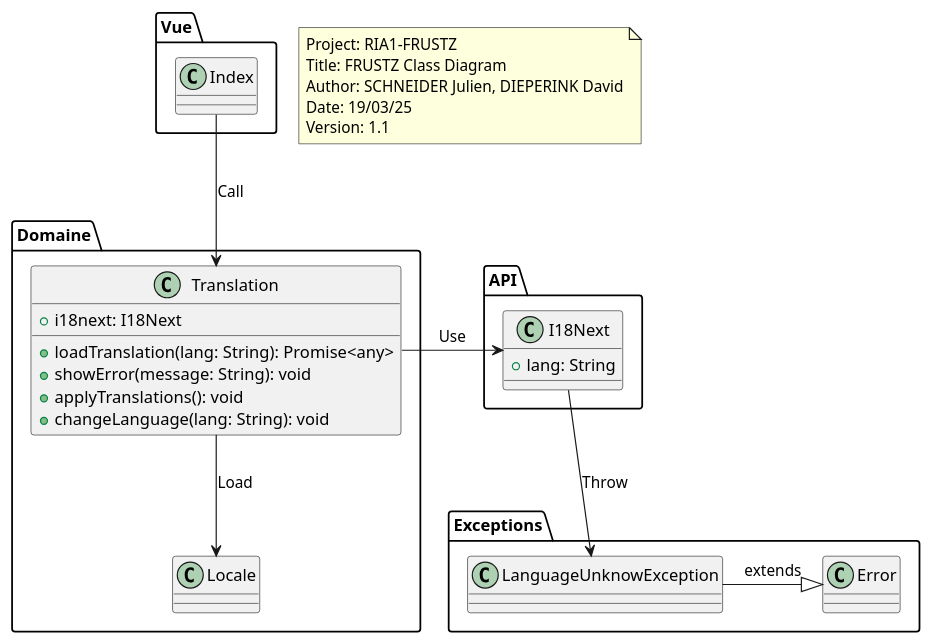
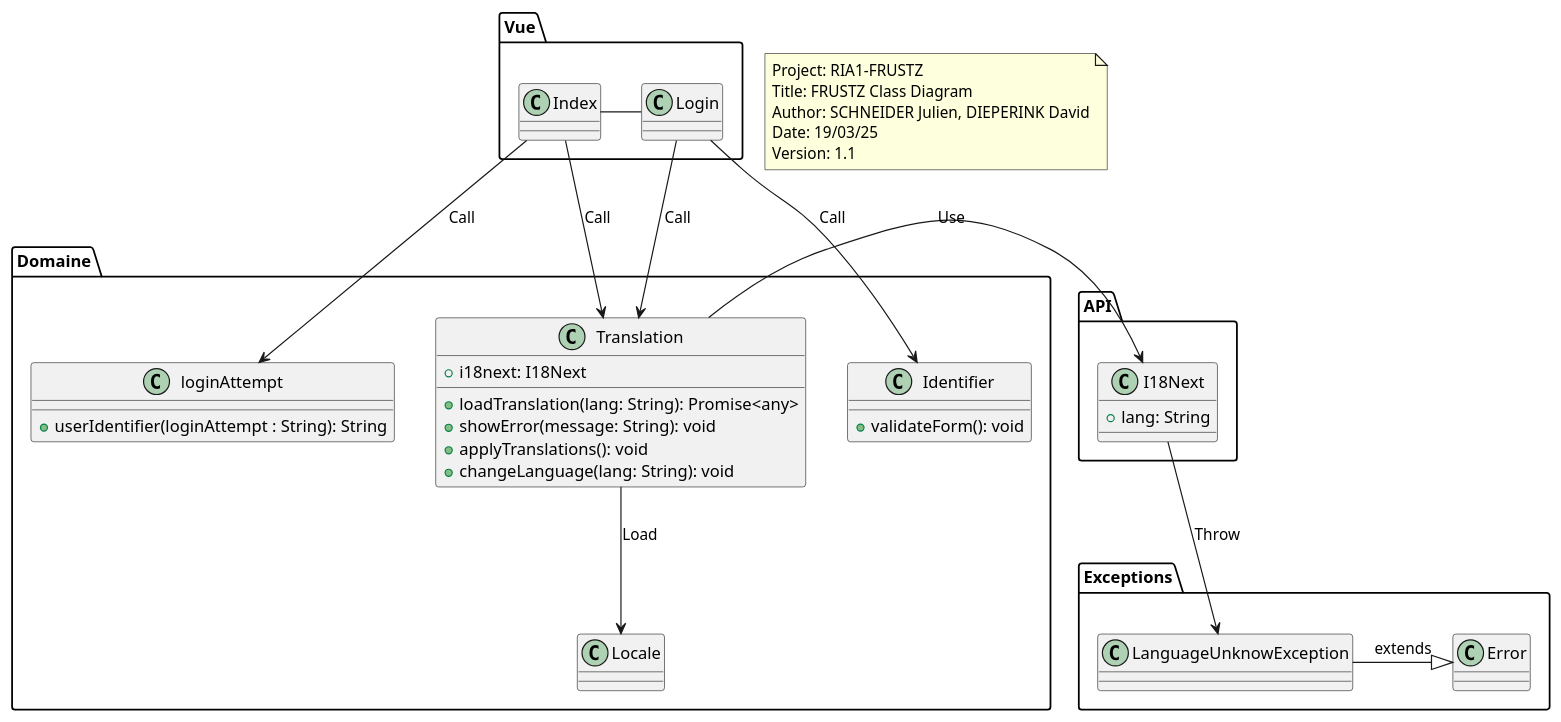
Before and after one commit to CPNV-RIA1/FE-FRUSTZ: the diagram in docs/class-diagram.puml, drawn with PlantUML.

Commit message:
docs:update class diagram

```diff
--- a/docs/class-diagram.puml
+++ b/docs/class-diagram.puml
@@ -1,43 +1,61 @@
 @startuml
 
 note "Project: RIA1-FRUSTZ\nTitle: FRUSTZ Class Diagram\nAuthor: SCHNEIDER Julien, DIEPERINK David\nDate: 19/03/25\nVersion: 1.1" as N1
 
 package "Vue" {
     class Index {}
+    class Login {}
 }
 
 package "Domaine" {
+
+    class Identifier {
+            +validateForm(): void
+    }
+    
     class Translation {
         +i18next: I18Next
 
         +loadTranslation(lang: String): Promise<any>
         +showError(message: String): void
         +applyTranslations(): void
         +changeLanguage(lang: String): void
     }
+    
+    class loginAttempt {
+        +userIdentifier(loginAttempt : String): String
+    }
+    
+    
+    
 
     class Locale {}
 }
 
 package "API" {
     class I18Next {
         +lang: String    
     }
 }
 
 package "Exceptions" {
     class LanguageUnknowException {}
 
     class Error {}
 }
 
 ' Relations
+
 Index --> Translation : "Call"
+Index --> loginAttempt : "Call"
+Index - Login
+Login --> Translation : "Call"
+Login --> Identifier : "Call"
 Translation -> I18Next : "Use"
 Translation --> Locale : "Load"
 LanguageUnknowException -|> Error : "extends"
 
 ' Liaison entre API et Exceptions
 I18Next --> LanguageUnknowException : "Throw"
 
 @enduml
```
